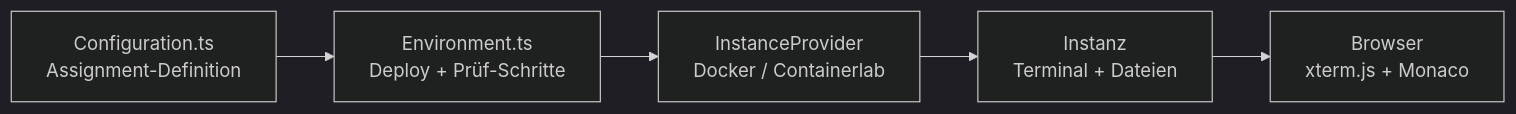
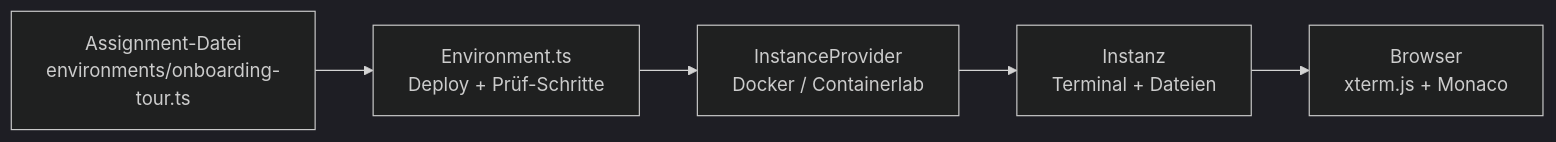
One commit to prona-p4-learning-platform/learn-sdn-hub changed the diagram in onboarding-german/assignments/onboarding-tour-german.md. Above: the diagram before and after it, drawn with Mermaid (dark theme). The commit also changed other lines of this file and 6 other files, not shown here.

First line of the commit message:
docs: per-assignment environment files — README, AGENTS.md, onboarding-german

````diff
--- a/onboarding-german/assignments/onboarding-tour-german.md
+++ b/onboarding-german/assignments/onboarding-tour-german.md
@@ -16,7 +17,7 @@
 ```mermaid
 flowchart LR
-  C["Configuration.ts<br/>Assignment-Definition"] --> E["Environment.ts<br/>Deploy + Prüf-Schritte"]
+  C["Assignment-Datei<br/>environments/onboarding-tour.ts"] --> E["Environment.ts<br/>Deploy + Prüf-Schritte"]
   E --> P["InstanceProvider<br/>Docker / Containerlab"]
   P --> I["Instanz<br/>Terminal + Dateien"]
   I --> U["Browser<br/>xterm.js + Monaco"]
 ```
````
